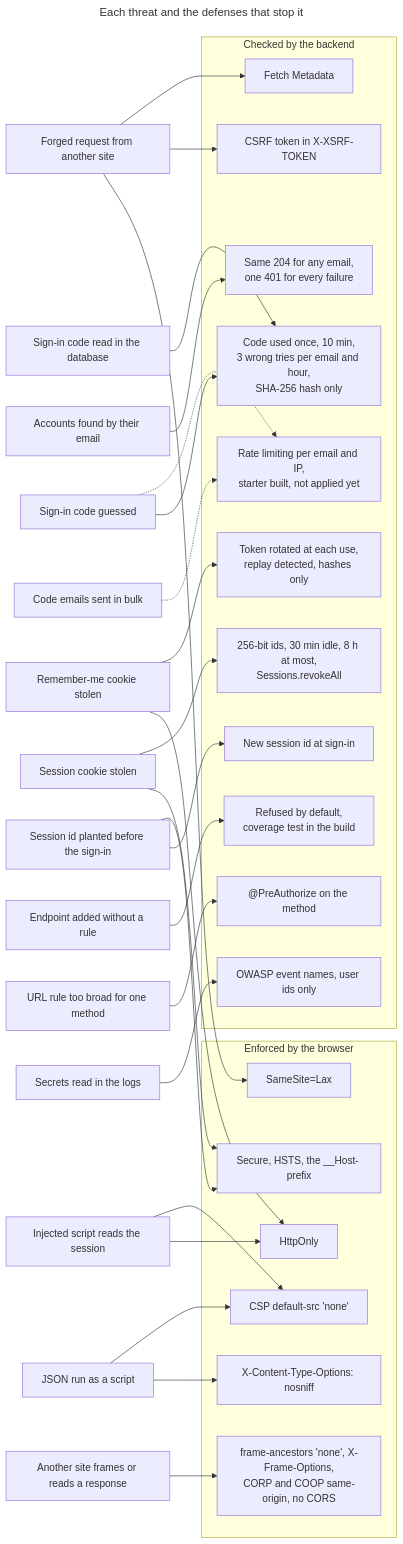
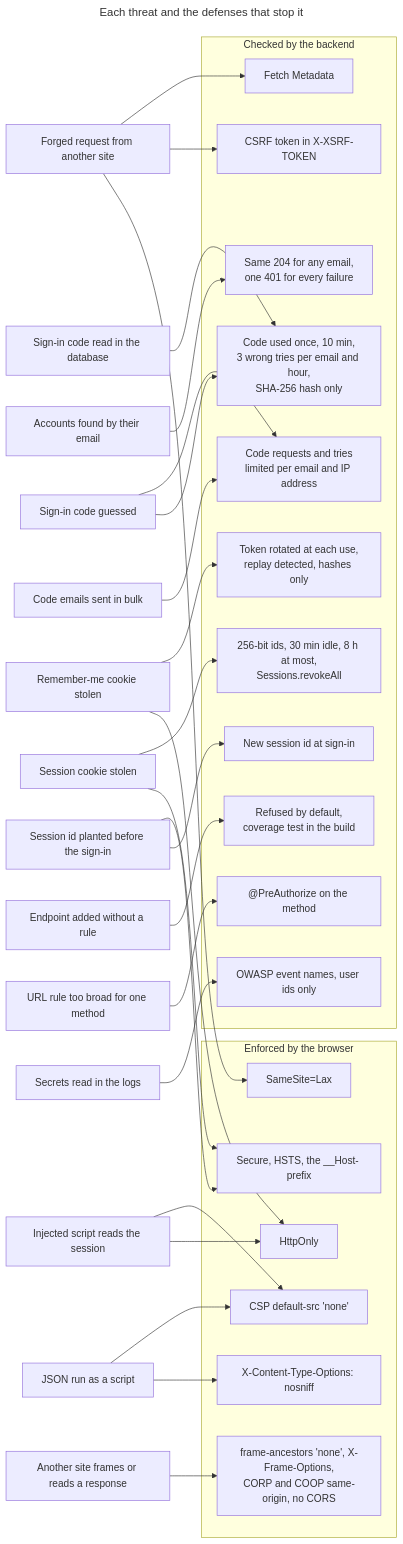
The second of 8 diagrams in docs/src/engineering/security/principles.md (mboisnard/drinkit), drawn with Mermaid before and after one commit. The commit also changed other lines of this file, not shown here.

````diff
--- a/docs/src/engineering/security/principles.md
+++ b/docs/src/engineering/security/principles.md
@@ -56,56 +56,56 @@
 ```mermaid
 ---
 title: Each threat and the defenses that stop it
 ---
 flowchart LR
   forged["Forged request from another site"]
   xss["Injected script reads the session"]
   fixation["Session id planted before the sign-in"]
   stolenSession["Session cookie stolen"]
   stolenRemember["Remember-me cookie stolen"]
   guessed["Sign-in code guessed"]
   dumped["Sign-in code read in the database"]
   enumerated["Accounts found by their email"]
   flooded["Code emails sent in bulk"]
   framed["Another site frames or reads a response"]
   sniffed["JSON run as a script"]
   unruled["Endpoint added without a rule"]
   broad["URL rule too broad for one method"]
   logs["Secrets read in the logs"]
   subgraph browserSide["Enforced by the browser"]
     samesite["SameSite=Lax"]
     httponly["HttpOnly"]
     transport["Secure, HSTS, the __Host- prefix"]
     csp["CSP default-src 'none'"]
     nosniff["X-Content-Type-Options: nosniff"]
     origin["frame-ancestors 'none', X-Frame-Options,<br/>CORP and COOP same-origin, no CORS"]
   end
   subgraph backendSide["Checked by the backend"]
     token["CSRF token in X-XSRF-TOKEN"]
     fetch["Fetch Metadata"]
     newId["New session id at sign-in"]
     lifetime["256-bit ids, 30 min idle, 8 h at most,<br/>Sessions.revokeAll"]
     rotation["Token rotated at each use,<br/>replay detected, hashes only"]
     codeLimits["Code used once, 10 min,<br/>3 wrong tries per email and hour,<br/>SHA-256 hash only"]
     sameAnswer["Same 204 for any email,<br/>one 401 for every failure"]
-    rateLimit["Rate limiting per email and IP,<br/>starter built, not applied yet"]
+    rateLimit["Code requests and tries<br/>limited per email and IP address"]
     deny["Refused by default,<br/>coverage test in the build"]
     preAuthorize["@PreAuthorize on the method"]
     vocabulary["OWASP event names, user ids only"]
   end
   forged --> samesite & token & fetch
   xss --> httponly & csp
   fixation --> newId & transport
   stolenSession --> transport & lifetime
   stolenRemember --> httponly & rotation
   guessed --> codeLimits
-  guessed -.-> rateLimit
+  guessed --> rateLimit
   dumped --> codeLimits
   enumerated --> sameAnswer
-  flooded -.-> rateLimit
+  flooded --> rateLimit
   framed --> origin
   sniffed --> nosniff & csp
   unruled --> deny
   broad --> preAuthorize
   logs --> vocabulary
 ```
````
